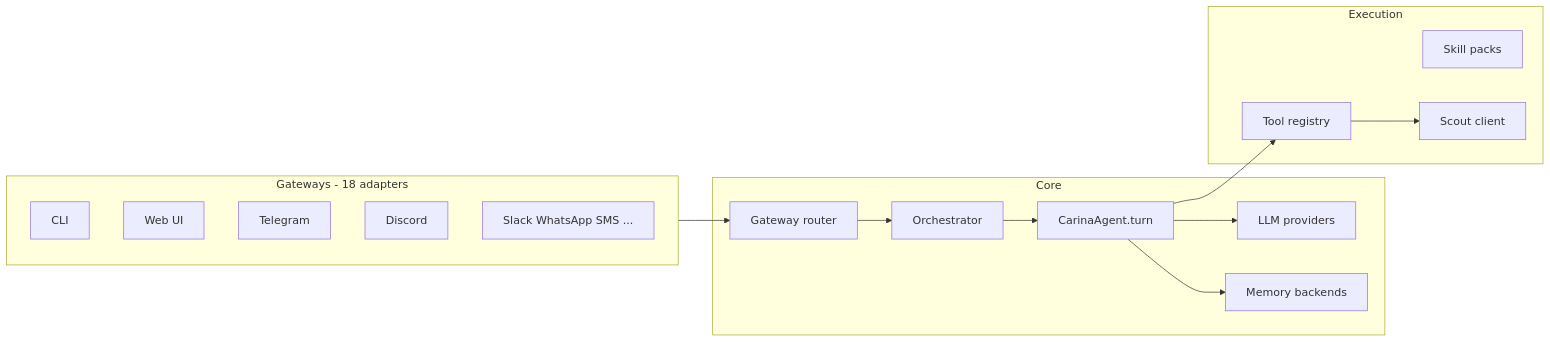
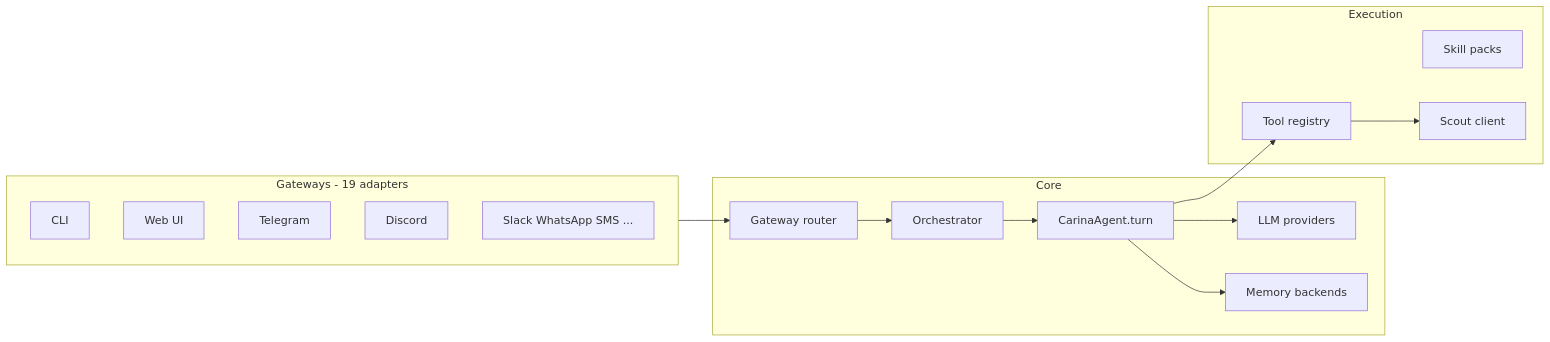
One commit to malike2356/carina changed the diagram in docs.carinaai.uk/docs/developer/architecture/overview.md. Above: the diagram before and after it, drawn with Mermaid. The commit also changed other lines of this file and 35 other files, not shown here.

````diff
--- a/docs.carinaai.uk/docs/developer/architecture/overview.md
+++ b/docs.carinaai.uk/docs/developer/architecture/overview.md
@@ -9,27 +9,27 @@
 ```mermaid
 flowchart LR
-  subgraph channels [Gateways - 18 adapters]
+  subgraph channels [Gateways - 19 adapters]
     CLI[CLI]
     Web[Web UI]
     TG[Telegram]
     DC[Discord]
     More[Slack WhatsApp SMS ...]
   end
   subgraph core [Core]
     Router[Gateway router]
     Orch[Orchestrator]
     Agent[CarinaAgent.turn]
     LLM[LLM providers]
     Mem[Memory backends]
   end
   subgraph exec [Execution]
     Tools[Tool registry]
     Skills[Skill packs]
     Scout[Scout client]
   end
   channels --> Router --> Orch --> Agent
   Agent --> LLM
   Agent --> Tools
   Agent --> Mem
   Tools --> Scout
 ```
````
